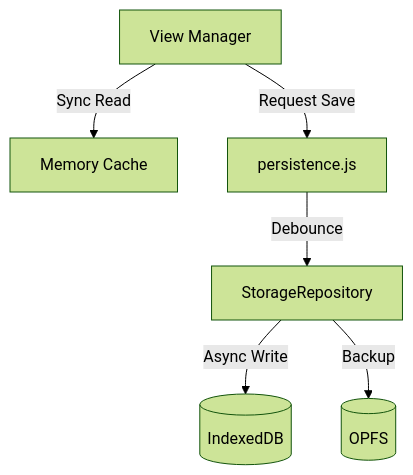
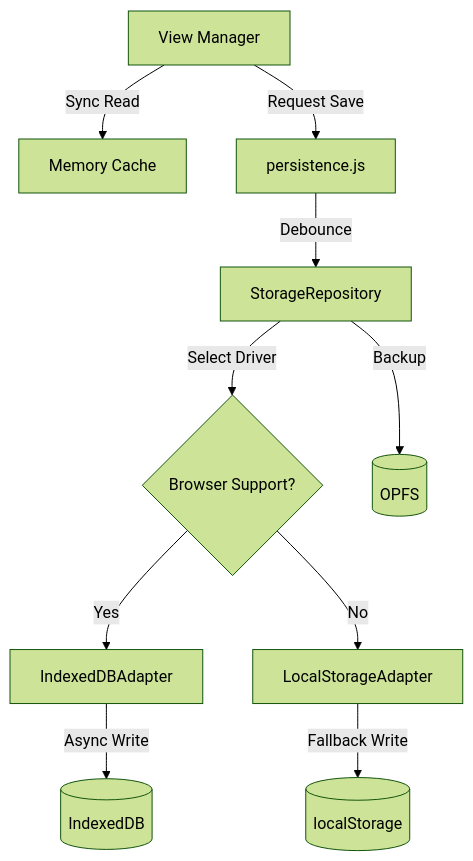
One commit to Hugo9809/cine-power-planner changed the diagram in CODEBASE_MAP.md. Above: the diagram before and after it, drawn with Mermaid (forest theme). The commit also changed other lines of this file and 70 other files, not shown here.

````diff
--- a/CODEBASE_MAP.md
+++ b/CODEBASE_MAP.md
@@ -103,8 +145,12 @@
 ```mermaid
 graph TD
     UI[View Manager] -->|Sync Read| Cache[Memory Cache]
     UI -->|Request Save| Manager[persistence.js]
-    Manager -->|Debounce| Driver[StorageRepository]
-    Driver -->|Async Write| IDB[(IndexedDB)]
-    Driver -->|Backup| OPFS[(OPFS)]
+    Manager -->|Debounce| Repo[StorageRepository]
+    Repo -->|Select Driver| Decision{Browser Support?}
+    Decision -->|Yes| IDB[IndexedDBAdapter]
+    Decision -->|No| LS[LocalStorageAdapter]
+    IDB -->|Async Write| IndexedDB[(IndexedDB)]
+    LS -->|Fallback Write| LocalStorage[(localStorage)]
+    Repo -->|Backup| OPFS[(OPFS)]
 ```
````
